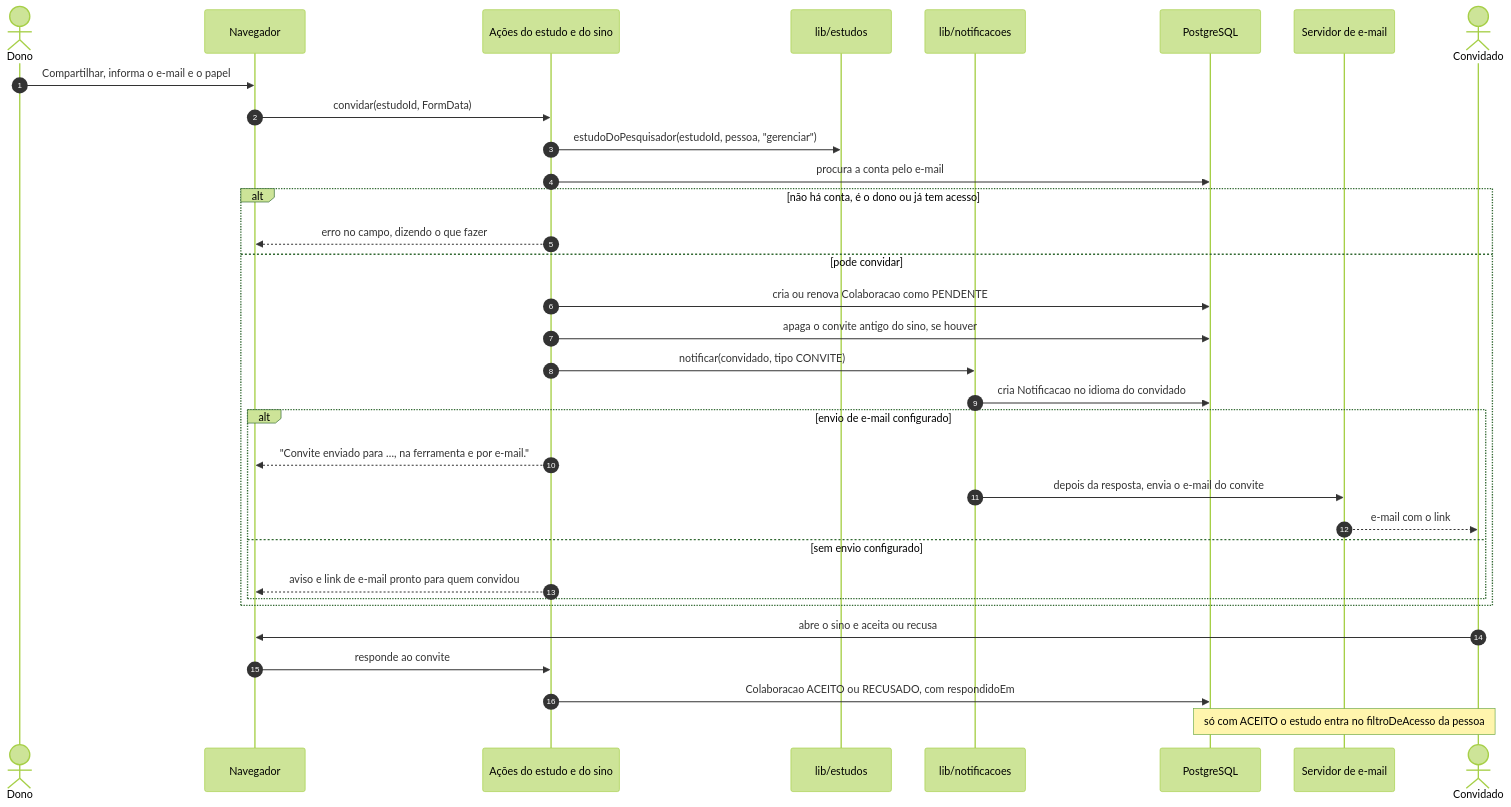
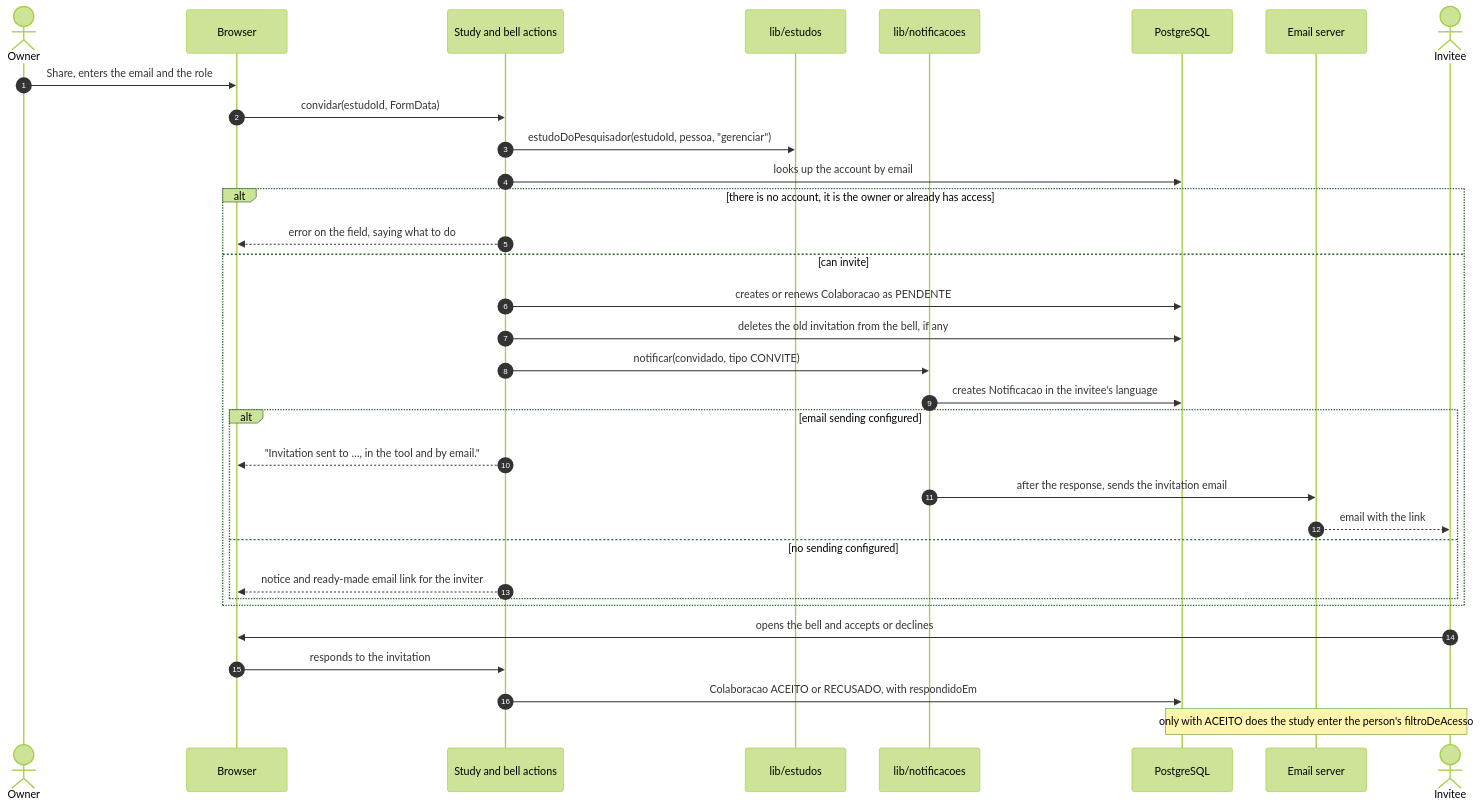
One commit to gabrielfjm/ueq_form_ihc changed the diagram in docs/documentacao/fontes/diagramas-de-sequencia-7.mmd. Above: the diagram before and after it, drawn with Mermaid (forest theme). The commit also changed 151 other files, not shown here.

First line of the commit message:
mostra a documentação no idioma da interface, com os diagramas em inglês

```diff
--- a/docs/documentacao/fontes/diagramas-de-sequencia-7.mmd
+++ b/docs/documentacao/fontes/diagramas-de-sequencia-7.mmd
@@ -1,35 +1,35 @@
 sequenceDiagram
     autonumber
-    actor Dono
-    participant Nav as Navegador
-    participant Acao as Ações do estudo e do sino
+    actor Dono as Owner
+    participant Nav as Browser
+    participant Acao as Study and bell actions
     participant Estudos as lib/estudos
     participant Avisos as lib/notificacoes
     participant BD as PostgreSQL
-    participant Smtp as Servidor de e-mail
-    actor Conv as Convidado
+    participant Smtp as Email server
+    actor Conv as Invitee
 
-    Dono->>Nav: Compartilhar, informa o e-mail e o papel
+    Dono->>Nav: Share, enters the email and the role
     Nav->>Acao: convidar(estudoId, FormData)
     Acao->>Estudos: estudoDoPesquisador(estudoId, pessoa, "gerenciar")
-    Acao->>BD: procura a conta pelo e-mail
-    alt não há conta, é o dono ou já tem acesso
-        Acao-->>Nav: erro no campo, dizendo o que fazer
-    else pode convidar
-        Acao->>BD: cria ou renova Colaboracao como PENDENTE
-        Acao->>BD: apaga o convite antigo do sino, se houver
+    Acao->>BD: looks up the account by email
+    alt there is no account, it is the owner or already has access
+        Acao-->>Nav: error on the field, saying what to do
+    else can invite
+        Acao->>BD: creates or renews Colaboracao as PENDENTE
+        Acao->>BD: deletes the old invitation from the bell, if any
         Acao->>Avisos: notificar(convidado, tipo CONVITE)
-        Avisos->>BD: cria Notificacao no idioma do convidado
-        alt envio de e-mail configurado
-            Acao-->>Nav: "Convite enviado para …, na ferramenta e por e-mail."
-            Avisos->>Smtp: depois da resposta, envia o e-mail do convite
-            Smtp-->>Conv: e-mail com o link
-        else sem envio configurado
-            Acao-->>Nav: aviso e link de e-mail pronto para quem convidou
+        Avisos->>BD: creates Notificacao in the invitee's language
+        alt email sending configured
+            Acao-->>Nav: "Invitation sent to …, in the tool and by email."
+            Avisos->>Smtp: after the response, sends the invitation email
+            Smtp-->>Conv: email with the link
+        else no sending configured
+            Acao-->>Nav: notice and ready-made email link for the inviter
         end
     end
 
-    Conv->>Nav: abre o sino e aceita ou recusa
-    Nav->>Acao: responde ao convite
-    Acao->>BD: Colaboracao ACEITO ou RECUSADO, com respondidoEm
-    Note over Conv,BD: só com ACEITO o estudo entra no filtroDeAcesso da pessoa
+    Conv->>Nav: opens the bell and accepts or declines
+    Nav->>Acao: responds to the invitation
+    Acao->>BD: Colaboracao ACEITO or RECUSADO, with respondidoEm
+    Note over Conv,BD: only with ACEITO does the study enter the person's filtroDeAcesso
```
